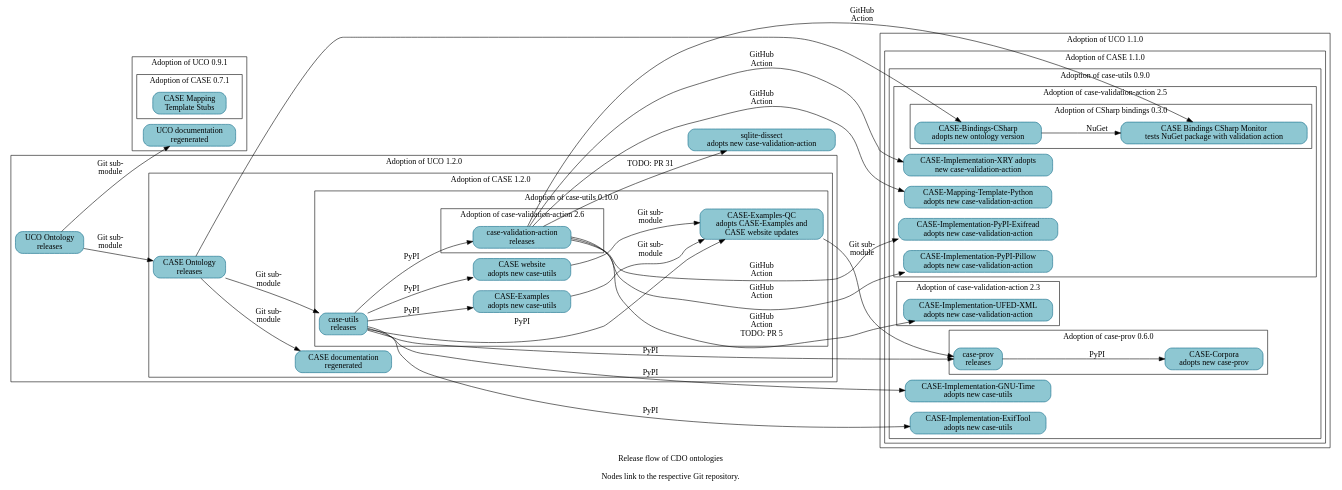
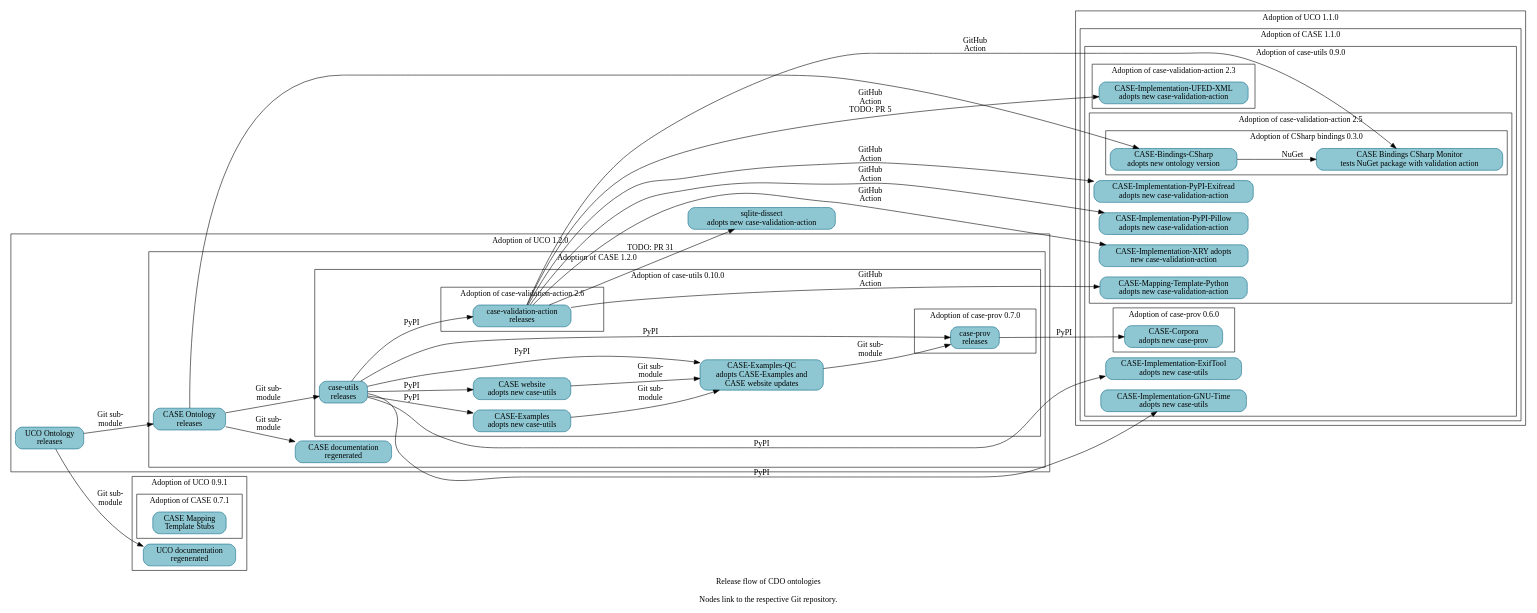
One commit to Cyber-Domain-Ontology/cdo.github.io changed the diagram in resources/project_release_flow.dot. Above: the diagram before and after it, drawn with Graphviz.

Commit message:
Bump case-prov adoption status
A follow-on patch will regenerate Make-managed files.

```diff
--- a/resources/project_release_flow.dot
+++ b/resources/project_release_flow.dot
@@ -1,119 +1,123 @@
 digraph "cdo_release_flow" {
   label = "Release flow of CDO ontologies\n\nNodes link to the respective Git repository." ;
   rankdir = "LR" ;
   node [shape="rectangle" style="filled,rounded" fillcolor="#8EC7D2" color="#0D6986"] ;
 
 
   // Define nodes in their corresponding progress subgraph.
 
   subgraph cluster_uco_0_9_1 {
     label = "Adoption of UCO 0.9.1" ;
 
     _GH__UCOPROJECT__ONTOLOGY_UNIFIEDCYBERONTOLOGY_ORG [URL="https://github.com/ucoProject/ontology.unifiedcyberontology.org" label="UCO documentation\nregenerated"] ;
 
     subgraph cluster_case_0_7_1 {
       label = "Adoption of CASE 0.7.1" ;
       _GH__CASEWORK__CASE_MAPPING_TEMPLATE_STUBS [URL="https://github.com/casework/CASE-Mapping-Template-Stubs" label="CASE Mapping\nTemplate Stubs"] ;
     }
   }
   subgraph cluster_uco_1_1_0 {
     label = "Adoption of UCO 1.1.0" ;
 
     subgraph cluster_case_1_1_0 {
       label = "Adoption of CASE 1.1.0" ;
 
       subgraph cluster_case_utils_0_9_0 {
         label = "Adoption of case-utils 0.9.0" ;
 
         _GH__CASEWORK__CASE_IMPLEMENTATON_EXIFTOOL [URL="https://github.com/casework/CASE-Implementation-ExifTool" label="CASE-Implementation-ExifTool\nadopts new case-utils"] ;
         _GH__CASEWORK__CASE_IMPLEMENTATON_GNU_TIME [URL="https://github.com/casework/CASE-Implementation-GNU-Time" label="CASE-Implementation-GNU-Time\nadopts new case-utils"] ;
 
         subgraph cluster_case_prov_0_6_0 {
           label = "Adoption of case-prov 0.6.0" ;
 
           _GH__CASEWORK__CASE_CORPORA [URL="https://github.com/casework/CASE-Corpora" label="CASE-Corpora\nadopts new case-prov"] ;
-          _GH__CASEWORK__CASE_IMPLEMENTATON_PROV_O [URL="https://github.com/casework/CASE-Implementation-PROV-O" label="case-prov\nreleases"] ;
         }
 
         subgraph cluster_case_validation_action_2_3 {
           label = "Adoption of case-validation-action 2.3" ;
 
           _GH__CASEWORK__CASE_IMPLEMENTATON_UFED_XML [URL="https://github.com/casework/CASE-Implementation-UFED-XML" label="CASE-Implementation-UFED-XML\nadopts new case-validation-action"] ;
         }
 
         subgraph cluster_case_validation_action_2_5 {
           label = "Adoption of case-validation-action 2.5" ;
 
           _GH__CASEWORK__CASE_IMPLEMENTATON_PYPI_EXIFREAD [URL="https://github.com/casework/CASE-Implementation-PyPI-Exifread" label="CASE-Implementation-PyPI-Exifread\nadopts new case-validation-action"] ;
           _GH__CASEWORK__CASE_IMPLEMENTATON_PYPI_PILLOW [URL="https://github.com/casework/CASE-Implementation-PyPI-Pillow" label="CASE-Implementation-PyPI-Pillow\nadopts new case-validation-action"] ;
           _GH__CASEWORK__CASE_IMPLEMENTATON_XRY [URL="https://github.com/casework/CASE-Implementation-XRY" label="CASE-Implementation-XRY adopts\nnew case-validation-action"] ;
           _GH__CASEWORK__CASE_MAPPING_TEMPLATE_PYTHON [URL="https://github.com/casework/CASE-Mapping-Template-Python" label="CASE-Mapping-Template-Python\nadopts new case-validation-action"] ;
 
           subgraph cluster_case_bindings_csharp_0_3_0 {
             label = "Adoption of CSharp bindings 0.3.0" ;
             _GH__CASEWORK__CASE_BINDINGS_CSHARP_MONITOR [URL="https://github.com/casework/CASE-Bindings-CSharp-Monitor" label="CASE Bindings CSharp Monitor\ntests NuGet package with validation action"] ;
             _GH__CIPHERTECHSOLUTIONS__CASE_BINDINGS_CSHARP [URL="https://github.com/ciphertechsolutions/CASE-Bindings-CSharp" label="CASE-Bindings-CSharp\nadopts new ontology version"]
           }
         }
       }
     }
   }
   subgraph cluster_uco_1_2_0 {
     label = "Adoption of UCO 1.2.0" ;
 
     _GH__UCOPROJECT__UCO [URL="https://github.com/ucoProject/UCO" label="UCO Ontology\nreleases"] ;
 
     subgraph cluster_case_1_2_0 {
       label = "Adoption of CASE 1.2.0" ;
 
       _GH__CASEWORK__CASE [URL="https://github.com/casework/CASE" label="CASE Ontology\nreleases"] ;
       _GH__CASEWORK__ONTOLOGY_CASEONTOLOGY_ORG [URL="https://github.com/casework/ontology.caseontology.org" label="CASE documentation\nregenerated"] ;
 
       subgraph cluster_case_utils_0_10_0 {
         label = "Adoption of case-utils 0.10.0" ;
 
         _GH__AJNELSON_NIST__CASE_EXAMPLES_QC [URL="https://github.com/ajnelson-nist/CASE-Examples-QC" label="CASE-Examples-QC\nadopts CASE-Examples and\nCASE website updates"] ;
         _GH__CASEWORK__CASE_EXAMPLES [URL="https://github.com/casework/CASE-Examples" label="CASE-Examples\nadopts new case-utils"] ;
         _GH__CASEWORK__CASE_UTILITIES_PYTHON [URL="https://github.com/casework/CASE-Utilities-Python" label="case-utils\nreleases"] ;
         _GH__CASEWORK__CASEWORK_GITHUB_IO [URL="https://github.com/casework/casework.github.io" label="CASE website\nadopts new case-utils"] ;
 
+        subgraph cluster_case_prov_0_7_0 {
+          label = "Adoption of case-prov 0.7.0" ;
+
+          _GH__CASEWORK__CASE_IMPLEMENTATON_PROV_O [URL="https://github.com/casework/CASE-Implementation-PROV-O" label="case-prov\nreleases"] ;
+        }
         subgraph cluster_case_validation_action_2_6 {
           label = "Adoption of case-validation-action 2.6" ;
 
           _GH__KCHASON__CASE_VALIDATION_ACTION [URL="https://github.com/kchason/case-validation-action" label="case-validation-action\nreleases"] ;
         }
       }
     }
   }
 
   _GH__DOD_CYBER_CRIME_CENTER__SQLITE_DISSECT [URL="https://github.com/dod-cyber-crime-center/sqlite-dissect" label="sqlite-dissect\nadopts new case-validation-action"] ;
 
   // Begin edges
 
   _GH__AJNELSON_NIST__CASE_EXAMPLES_QC -> _GH__CASEWORK__CASE_IMPLEMENTATON_PROV_O [label="Git sub-\nmodule"] ;
   _GH__CASEWORK__CASE -> _GH__CASEWORK__CASE_UTILITIES_PYTHON [label="Git sub-\nmodule"] ;
   _GH__CASEWORK__CASE -> _GH__CIPHERTECHSOLUTIONS__CASE_BINDINGS_CSHARP ;
   _GH__CASEWORK__CASE -> _GH__CASEWORK__ONTOLOGY_CASEONTOLOGY_ORG [label="Git sub-\nmodule"] ; 
   _GH__CASEWORK__CASE_EXAMPLES -> _GH__AJNELSON_NIST__CASE_EXAMPLES_QC [label="Git sub-\nmodule"] ;
   _GH__CASEWORK__CASE_IMPLEMENTATON_PROV_O -> _GH__CASEWORK__CASE_CORPORA [label="PyPI"] ;
   _GH__CASEWORK__CASE_UTILITIES_PYTHON -> _GH__AJNELSON_NIST__CASE_EXAMPLES_QC [label="PyPI"] ;
   _GH__CASEWORK__CASE_UTILITIES_PYTHON -> _GH__CASEWORK__CASE_EXAMPLES [label="PyPI"] ;
   _GH__CASEWORK__CASE_UTILITIES_PYTHON -> _GH__CASEWORK__CASE_IMPLEMENTATON_EXIFTOOL [label="PyPI"] ;
   _GH__CASEWORK__CASE_UTILITIES_PYTHON -> _GH__CASEWORK__CASE_IMPLEMENTATON_GNU_TIME [label="PyPI"] ;
   _GH__CASEWORK__CASE_UTILITIES_PYTHON -> _GH__CASEWORK__CASE_IMPLEMENTATON_PROV_O [label="PyPI"] ;
   _GH__CASEWORK__CASE_UTILITIES_PYTHON -> _GH__KCHASON__CASE_VALIDATION_ACTION [label="PyPI"] ;
   _GH__CASEWORK__CASE_UTILITIES_PYTHON -> _GH__CASEWORK__CASEWORK_GITHUB_IO [label="PyPI"] ;
   _GH__CASEWORK__CASEWORK_GITHUB_IO -> _GH__AJNELSON_NIST__CASE_EXAMPLES_QC [label="Git sub-\nmodule"] ;
   _GH__CIPHERTECHSOLUTIONS__CASE_BINDINGS_CSHARP -> _GH__CASEWORK__CASE_BINDINGS_CSHARP_MONITOR [label="NuGet"] ;
   _GH__KCHASON__CASE_VALIDATION_ACTION -> _GH__CASEWORK__CASE_BINDINGS_CSHARP_MONITOR [label="GitHub\nAction"] ;
   _GH__KCHASON__CASE_VALIDATION_ACTION -> _GH__CASEWORK__CASE_IMPLEMENTATON_PYPI_EXIFREAD [label="GitHub\nAction"] ;
   _GH__KCHASON__CASE_VALIDATION_ACTION -> _GH__CASEWORK__CASE_IMPLEMENTATON_PYPI_PILLOW [label="GitHub\nAction"] ;
   _GH__KCHASON__CASE_VALIDATION_ACTION -> _GH__CASEWORK__CASE_IMPLEMENTATON_UFED_XML [URL="https://github.com/casework/CASE-Implementation-UFED-XML/pull/5" label="GitHub\nAction\nTODO: PR 5"] ;
   _GH__KCHASON__CASE_VALIDATION_ACTION -> _GH__CASEWORK__CASE_IMPLEMENTATON_XRY [label="GitHub\nAction"] ;
   _GH__KCHASON__CASE_VALIDATION_ACTION -> _GH__CASEWORK__CASE_MAPPING_TEMPLATE_PYTHON [label="GitHub\nAction"] ;
   _GH__KCHASON__CASE_VALIDATION_ACTION -> _GH__DOD_CYBER_CRIME_CENTER__SQLITE_DISSECT [URL="https://github.com/dod-cyber-crime-center/sqlite-dissect/pull/31" label="TODO: PR 31"] ;
   // TODO _GH__UCOPROJECT__ONTOLOGY_UNIFIEDCYBERONTOLOGY_ORG -> _GH__CASEWORK__ONTOLOGY_CASEONTOLOGY_ORG [label="Tech-\ncheck"];
   _GH__UCOPROJECT__UCO -> _GH__CASEWORK__CASE [label="Git sub-\nmodule"] ;
   _GH__UCOPROJECT__UCO -> _GH__UCOPROJECT__ONTOLOGY_UNIFIEDCYBERONTOLOGY_ORG [label="Git sub-\nmodule"] ;
 
 }
```
